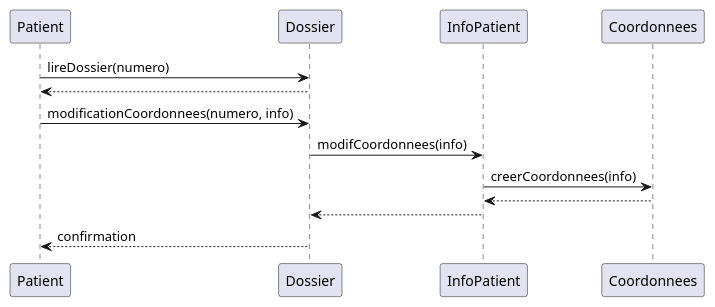
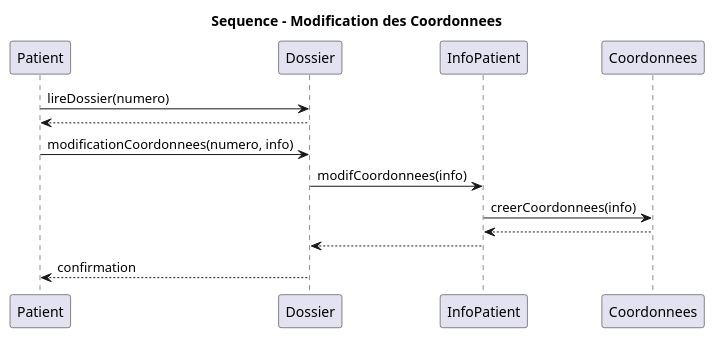
The diagram in seqModificationCoordonnees.puml (vbrayuqam/projet-genielog), drawn with PlantUML before and after one commit. The commit also changed 6 other files, not shown here.

```diff
--- a/seqModificationCoordonnees.puml
+++ b/seqModificationCoordonnees.puml
@@ -1,17 +1,19 @@
 @startuml seqModificationCoordonnees
+
+Title Sequence - Modification des Coordonnees
 
 participant Patient as P
 participant Dossier as D
 participant InfoPatient as I
 participant Coordonnees as C
 
 P -> D: lireDossier(numero)
 D --> P
 P -> D: modificationCoordonnees(numero, info)
 D -> I: modifCoordonnees(info)
 I -> C: creerCoordonnees(info)
 C --> I
 I --> D
 D --> P: confirmation
 
 @enduml
```
